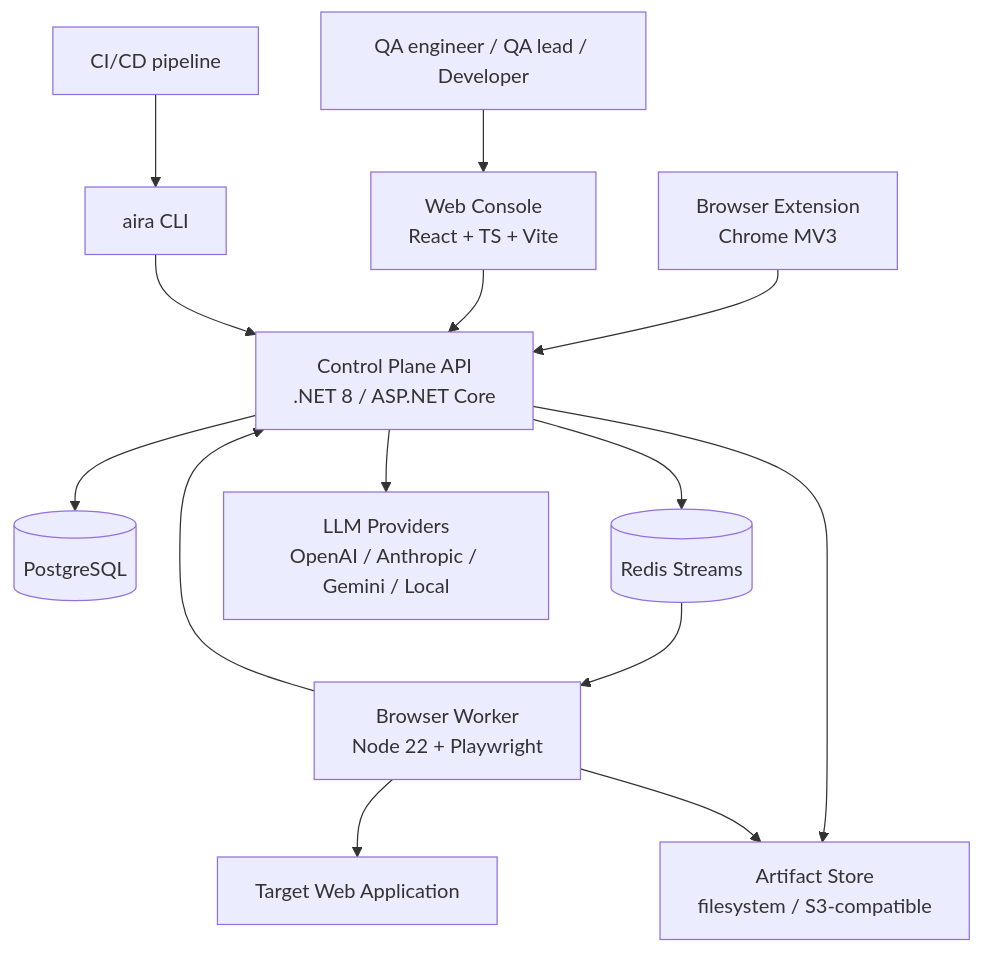
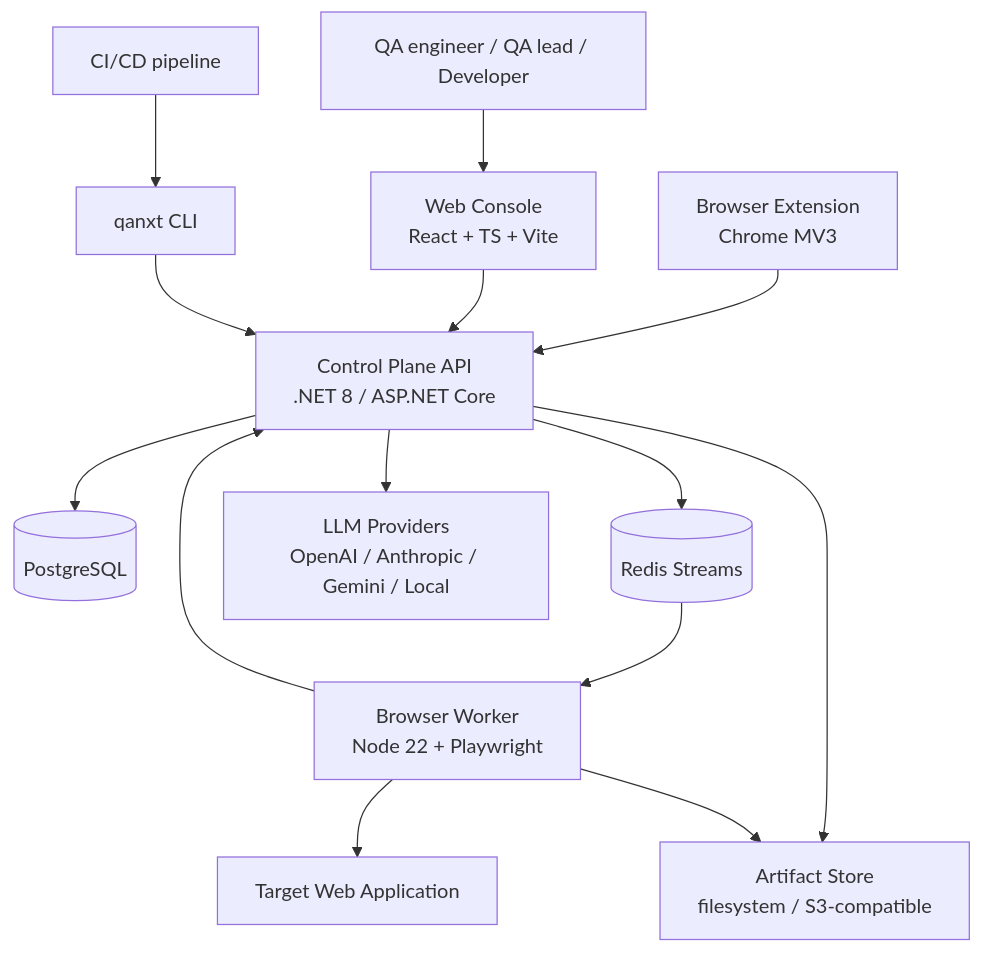
One commit to zakir911/QANXT changed the first of 6 diagrams in docs/architecture.md. Above: the diagram before and after it, drawn with Mermaid. The commit also changed other lines of this file and 931 other files, not shown here.

````diff
--- a/docs/architecture.md
+++ b/docs/architecture.md
@@ -5,16 +5,16 @@
 ```mermaid
 flowchart TB
     U[QA engineer / QA lead / Developer] --> WC[Web Console<br/>React + TS + Vite]
-    CI[CI/CD pipeline] --> CLI[aira CLI]
+    CI[CI/CD pipeline] --> CLI[qanxt CLI]
     EXT[Browser Extension<br/>Chrome MV3] --> API
     WC --> API[Control Plane API<br/>.NET 8 / ASP.NET Core]
     CLI --> API
     API --> DB[(PostgreSQL)]
     API --> Q[(Redis Streams)]
     API --> ART[Artifact Store<br/>filesystem / S3-compatible]
     API --> LLM[LLM Providers<br/>OpenAI / Anthropic / Gemini / Local]
     Q --> BW[Browser Worker<br/>Node 22 + Playwright]
     BW --> TGT[Target Web Application]
     BW --> ART
     BW --> API
 ```
````
